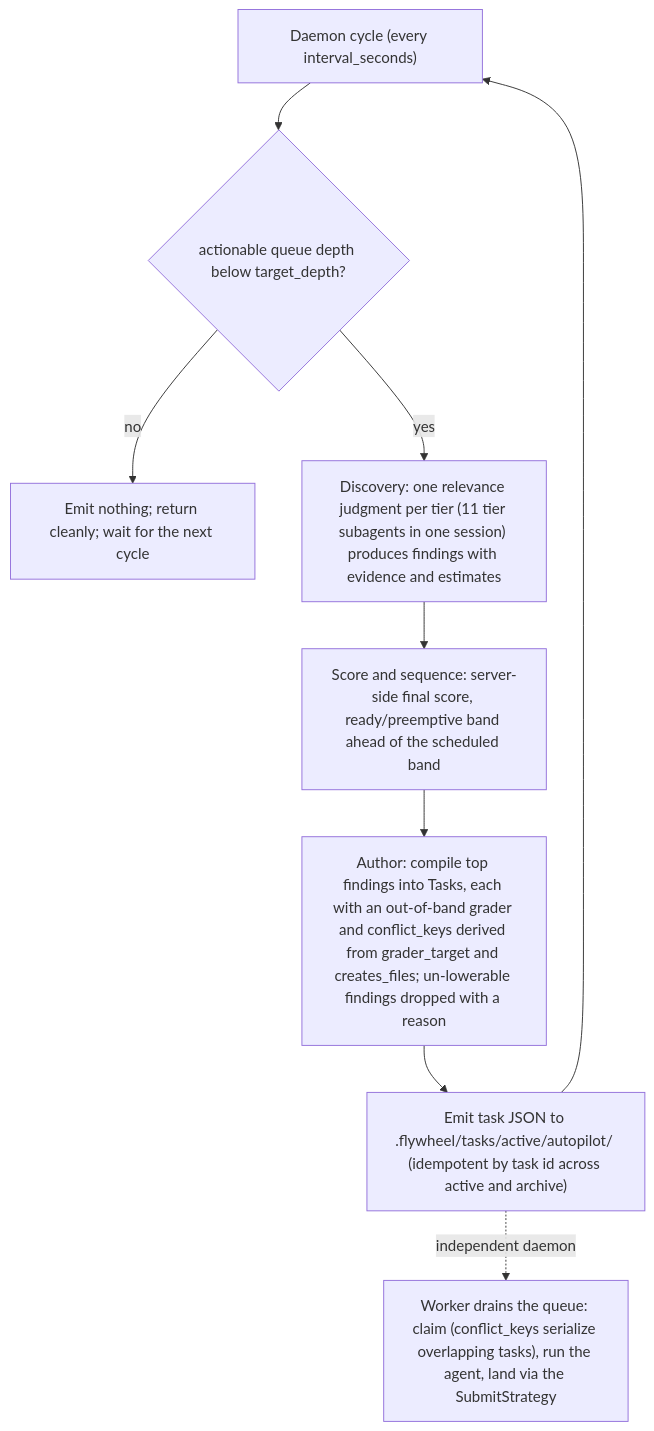
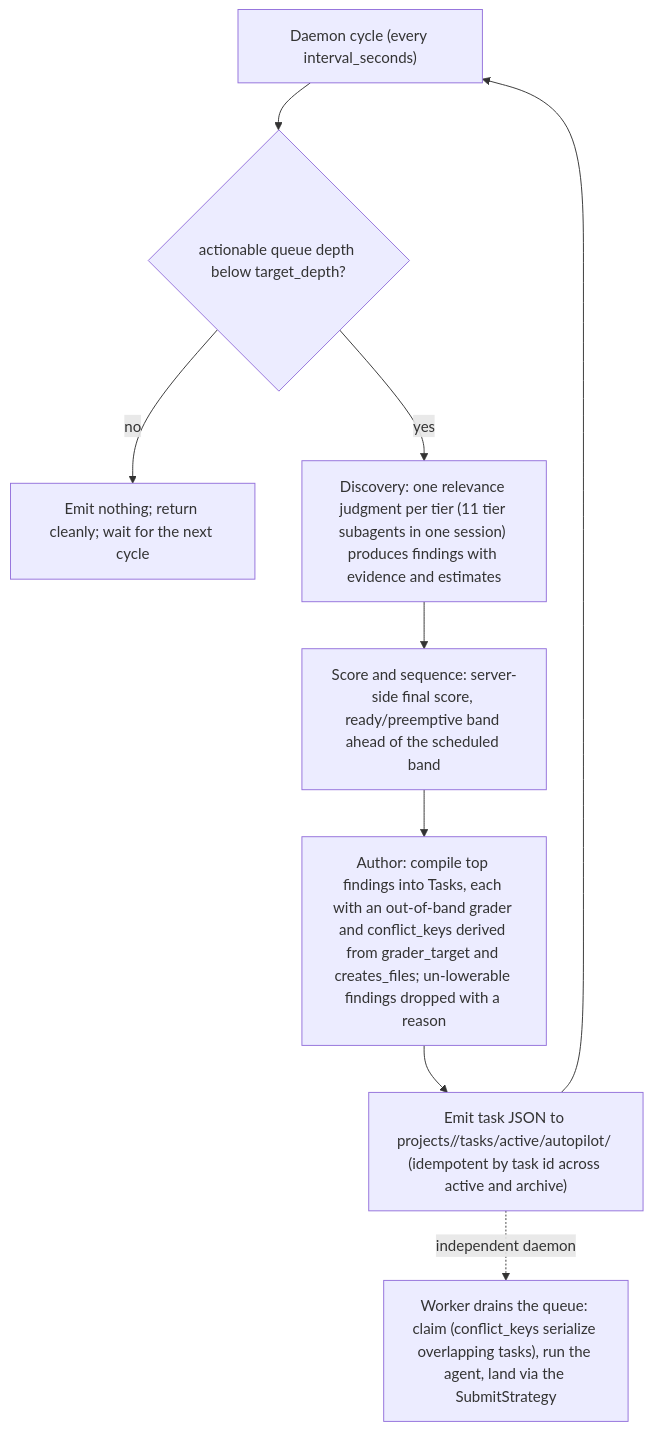
One commit to johnayoung/flywheel changed the diagram in docs/autopilot.md. Above: the diagram before and after it, drawn with Mermaid. The commit also changed other lines of this file and 19 other files, not shown here.

````diff
--- a/docs/autopilot.md
+++ b/docs/autopilot.md
@@ -24,11 +24,11 @@
 ```mermaid
 flowchart TD
     START["Daemon cycle (every interval_seconds)"] --> D{"actionable queue depth below target_depth?"}
     D -->|no| WAIT["Emit nothing; return cleanly; wait for the next cycle"]
     D -->|yes| DISC["Discovery: one relevance judgment per tier (11 tier subagents in one session) produces findings with evidence and estimates"]
     DISC --> SCORE["Score and sequence: server-side final score, ready/preemptive band ahead of the scheduled band"]
     SCORE --> AUTH["Author: compile top findings into Tasks, each with an out-of-band grader and conflict_keys derived from grader_target and creates_files; un-lowerable findings dropped with a reason"]
-    AUTH --> EMIT["Emit task JSON to .flywheel/tasks/active/autopilot/ (idempotent by task id across active and archive)"]
+    AUTH --> EMIT["Emit task JSON to projects/<id>/tasks/active/autopilot/ (idempotent by task id across active and archive)"]
     EMIT --> START
     EMIT -.->|"independent daemon"| WORKER["Worker drains the queue: claim (conflict_keys serialize overlapping tasks), run the agent, land via the SubmitStrategy"]
 ```
````
